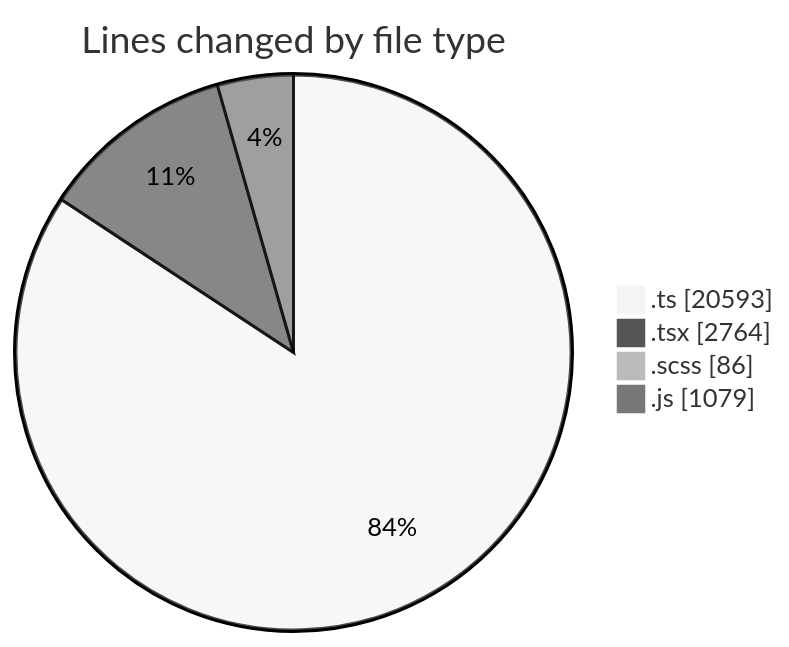
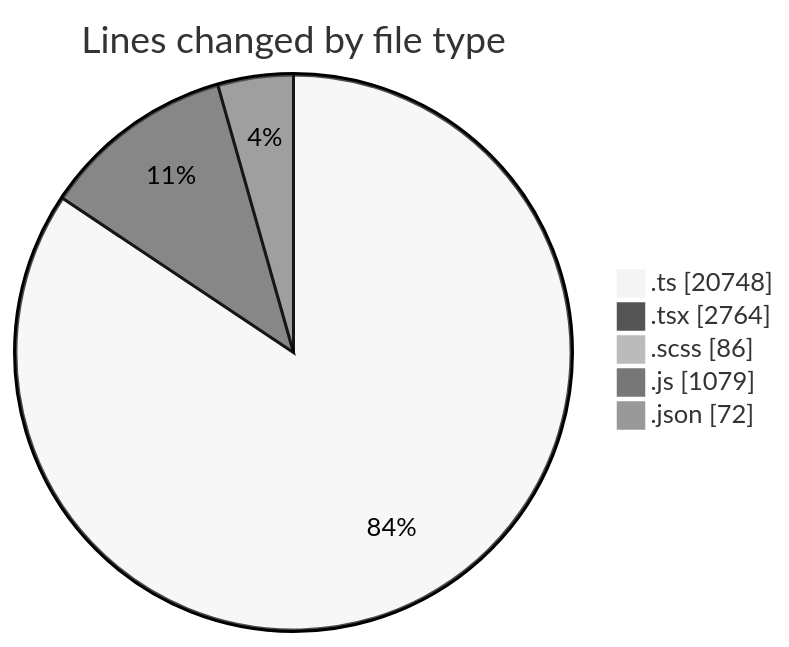
Before and after one commit to momahboobian/code-tracking: the first of 2 diagrams in 2026-10-21/cda/README.md, drawn with Mermaid (neutral theme). The commit also changed other lines of this file and 1 other file, not shown here.

````diff
--- a/2026-10-21/cda/README.md
+++ b/2026-10-21/cda/README.md
@@ -35,8 +36,9 @@
 ```mermaid
 pie showData
 title Lines changed by file type
-".ts" : 20593
+".ts" : 20748
 ".tsx" : 2764
 ".scss" : 86
 ".js" : 1079
+".json" : 72
 ```
````
